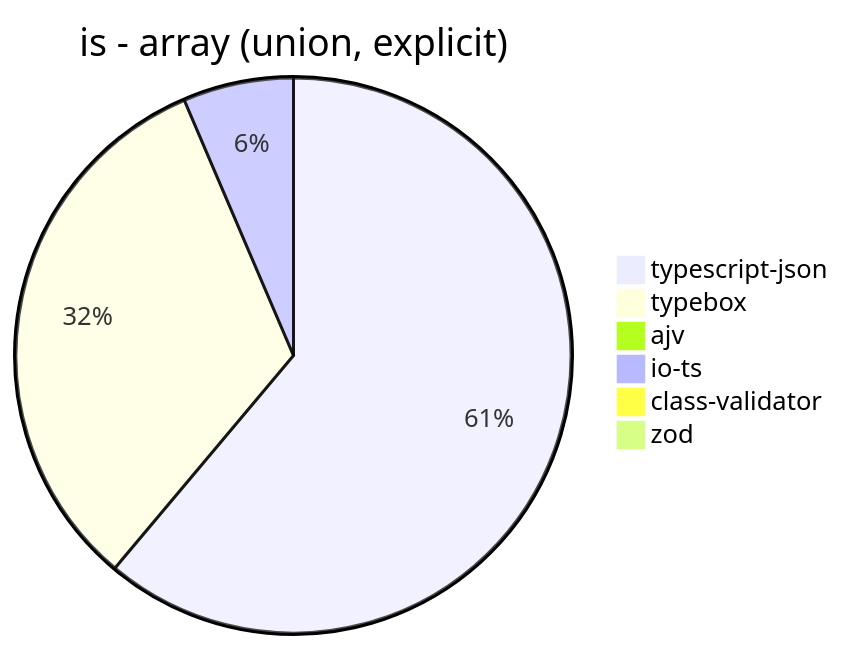
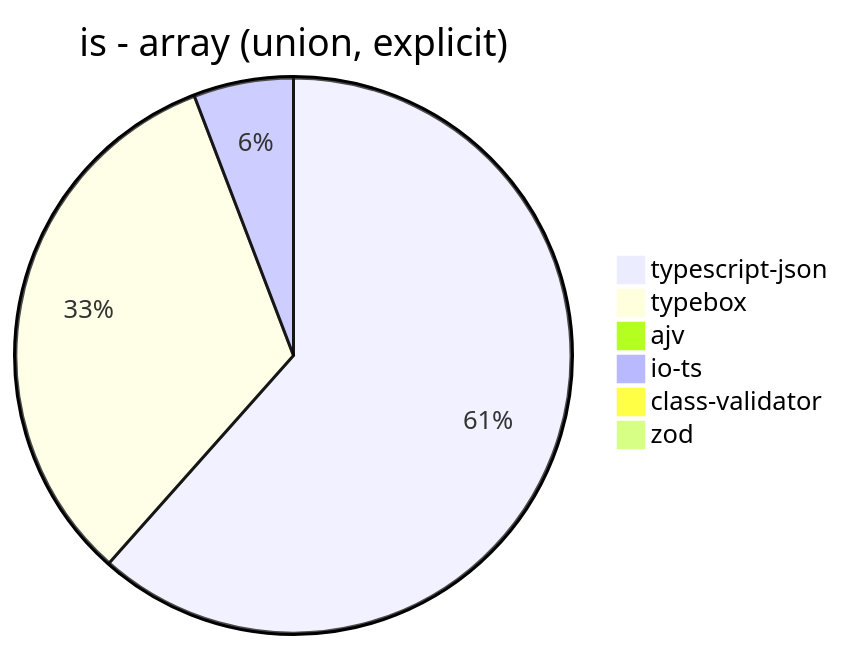
Before and after one commit to samchon/typia: the sixth of 39 diagrams in benchmark/results/11th Gen Intel(R) Core(TM) i5-1135G7 @ 2.40GHz.md, drawn with Mermaid. The commit also changed other lines of this file and 7 other files, not shown here.

````diff
--- a/benchmark/results/11th Gen Intel(R) Core(TM) i5-1135G7 @ 2.40GHz.md
+++ b/benchmark/results/11th Gen Intel(R) Core(TM) i5-1135G7 @ 2.40GHz.md
@@ -76,9 +76,9 @@
 ```mermaid
 pie title is - array (union, explicit)
-  "typescript-json": 3723.4714737037725
-  "typebox": 1976.873265494912
+  "typescript-json": 3773.3043162858175
+  "typebox": 2000.18765246763
   "ajv": 0
-  "io-ts": 391.80962921970115
-  "class-validator": 7.663551401869159
-  "zod": 2.822732404968009
+  "io-ts": 356.11038107752955
+  "class-validator": 7.516040329972502
+  "zod": 2.835538752362949
 ```
````
